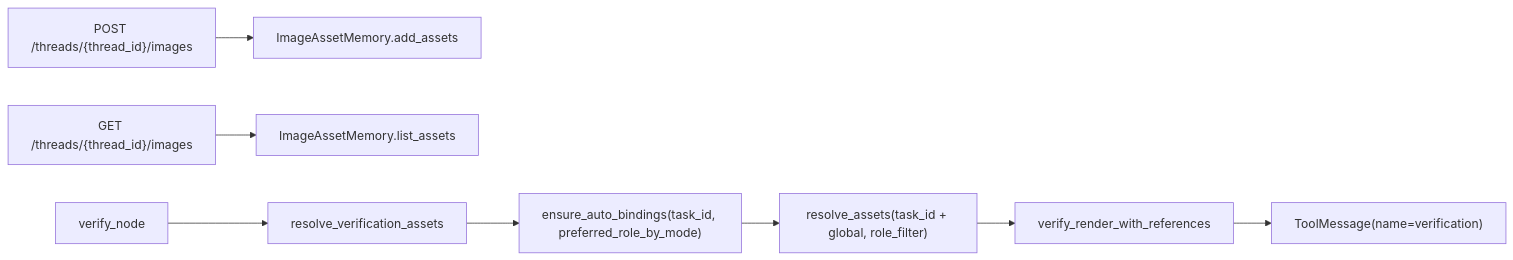
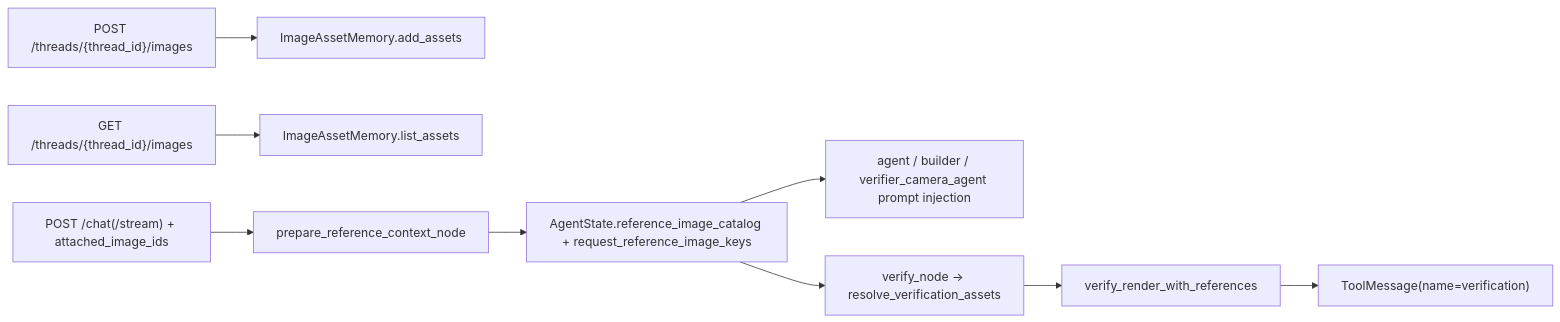
One commit to 3DSceneAgent/Vibe3DScene changed the fifth of 5 diagrams in docs/architecture/current-agent-workflow.md. Above: the diagram before and after it, drawn with Mermaid. The commit also changed other lines of this file and 45 other files, not shown here.

Commit message:
feat: add integration of sam3d, shell script for tool servers, conditional refer-image retrieval

````diff
--- a/docs/architecture/current-agent-workflow.md
+++ b/docs/architecture/current-agent-workflow.md
@@ -179,11 +185,11 @@
 ```mermaid
 flowchart LR
     A["POST /threads/{thread_id}/images"] --> B["ImageAssetMemory.add_assets"]
     C["GET /threads/{thread_id}/images"] --> D["ImageAssetMemory.list_assets"]
-
-    E["verify_node"] --> F["resolve_verification_assets"]
-    F --> G["ensure_auto_bindings(task_id, preferred_role_by_mode)"]
-    G --> H["resolve_assets(task_id + global, role_filter)"]
-    H --> I["verify_render_with_references"]
-    I --> J["ToolMessage(name=verification)"]
+    E["POST /chat(/stream) + attached_image_ids"] --> F["prepare_reference_context_node"]
+    F --> G["AgentState.reference_image_catalog + request_reference_image_keys"]
+    G --> H["agent / builder / verifier_camera_agent prompt injection"]
+    G --> I["verify_node -> resolve_verification_assets"]
+    I --> J["verify_render_with_references"]
+    J --> K["ToolMessage(name=verification)"]
 ```
````
